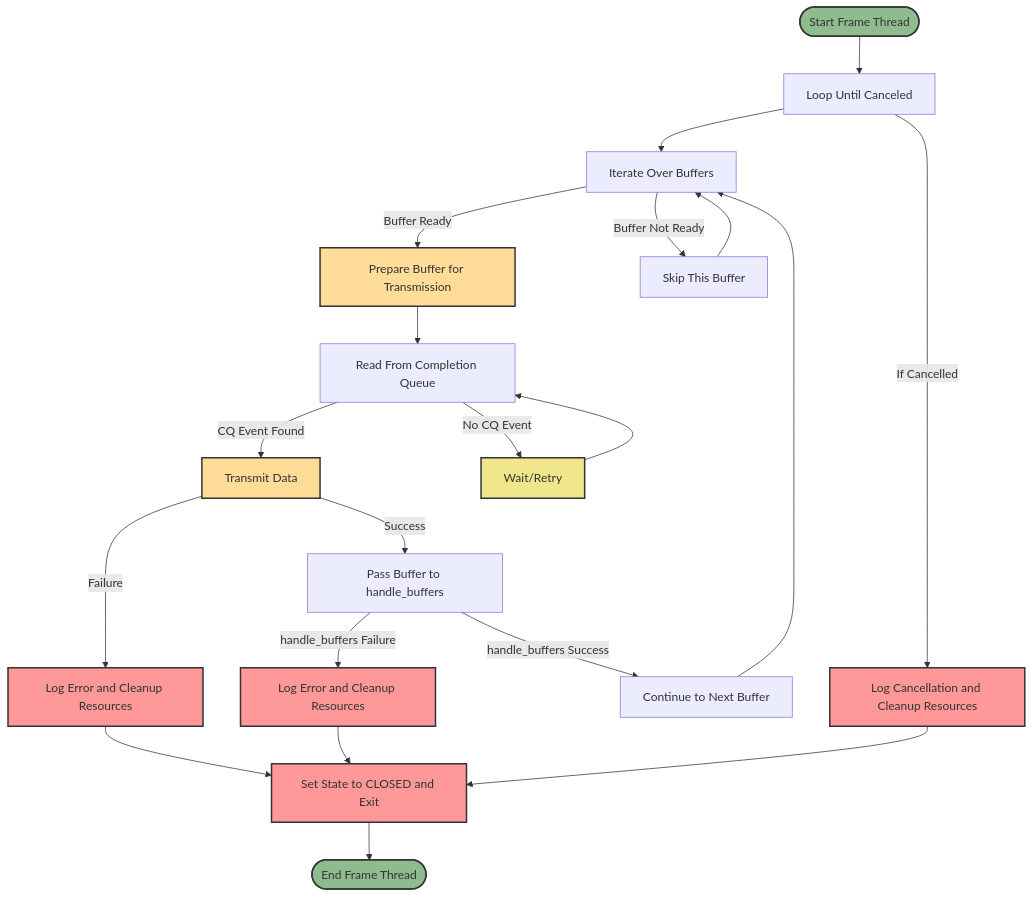
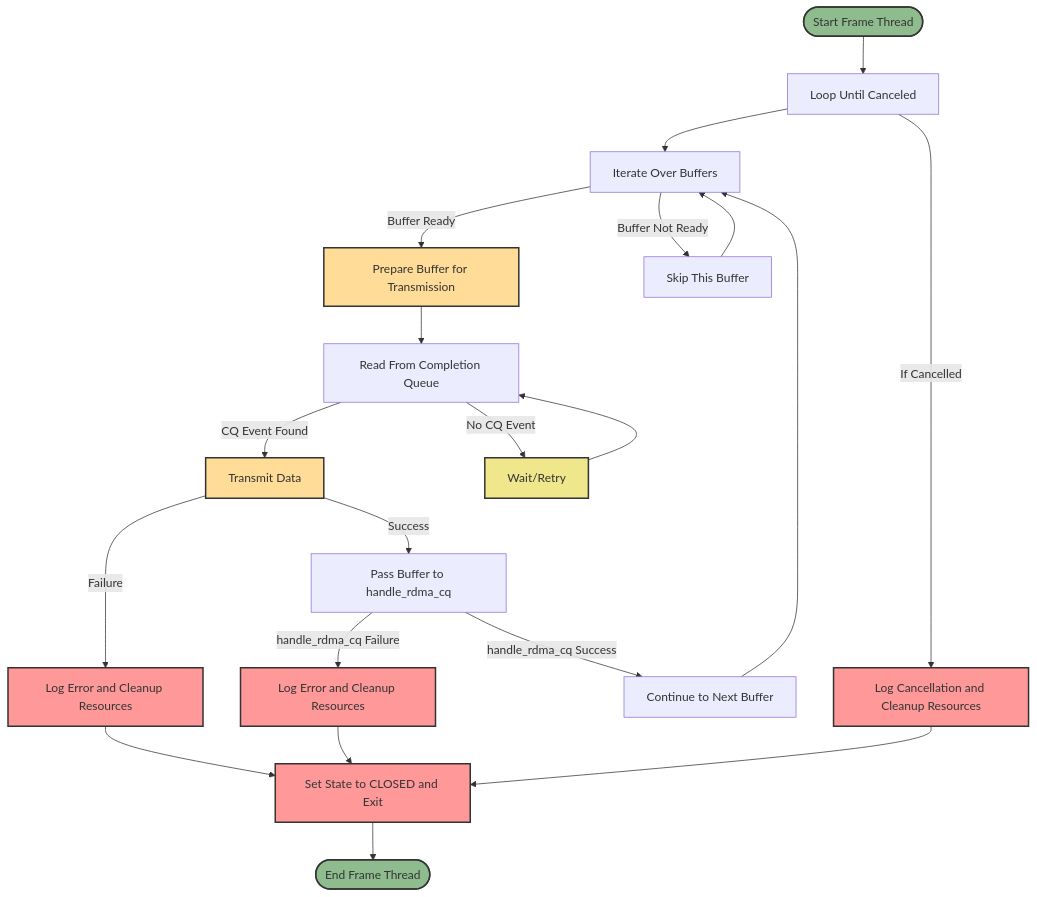
The third of 3 diagrams in media-proxy/include/mesh/CONN-RDMA.md (OpenVisualCloud/Media-Communications-Mesh), drawn with Mermaid before and after one commit. The commit also changed other lines of this file and 11 other files, not shown here.

Commit message:
WIP on ring_buffer + added physical rdma concurrent tx/rx test

````diff
--- a/media-proxy/include/mesh/CONN-RDMA.md
+++ b/media-proxy/include/mesh/CONN-RDMA.md
@@ -89,38 +89,38 @@
 ```mermaid
 flowchart TD
     start([Start Frame Thread]) --> loopStart[Loop Until Canceled]
     loopStart -->|If Cancelled| cleanup3[Log Cancellation and Cleanup Resources]
 
     loopStart --> bufIter[Iterate Over Buffers]
     bufIter -->|Buffer Ready| prepareTx[Prepare Buffer for Transmission]
     bufIter -->|Buffer Not Ready| skipBuffer[Skip This Buffer]
     skipBuffer --> bufIter
 
     prepareTx --> cqRead[Read From Completion Queue]
     cqRead -->|CQ Event Found| transmit[Transmit Data]
     cqRead -->|No CQ Event| retry[Wait/Retry]
     retry --> cqRead
 
-    transmit -->|Success| passToHandler[Pass Buffer to handle_buffers]
+    transmit -->|Success| passToHandler[Pass Buffer to handle_rdma_cq]
     transmit -->|Failure| cleanup1[Log Error and Cleanup Resources]
 
-    passToHandler -->|handle_buffers Success| continueLoop[Continue to Next Buffer]
-    passToHandler -->|handle_buffers Failure| cleanup2[Log Error and Cleanup Resources]
+    passToHandler -->|handle_rdma_cq Success| continueLoop[Continue to Next Buffer]
+    passToHandler -->|handle_rdma_cq Failure| cleanup2[Log Error and Cleanup Resources]
 
     cleanup1 --> exitThread[Set State to CLOSED and Exit]
     cleanup2 --> exitThread
     cleanup3 --> exitThread
 
     continueLoop --> bufIter
     exitThread --> threadEnd([End Frame Thread])
 
     style start fill:#8fbc8f,stroke:#333,stroke-width:2px
     style threadEnd fill:#8fbc8f,stroke:#333,stroke-width:2px
     style retry fill:#f0e68c,stroke:#333,stroke-width:2px
     style prepareTx fill:#ffdd99,stroke:#333,stroke-width:2px
     style transmit fill:#ffdd99,stroke:#333,stroke-width:2px
     style cleanup1 fill:#ff9999,stroke:#333,stroke-width:2px
     style cleanup2 fill:#ff9999,stroke:#333,stroke-width:2px
     style cleanup3 fill:#ff9999,stroke:#333,stroke-width:2px
     style exitThread fill:#ff9999,stroke:#333,stroke-width:2px
 ```
````
